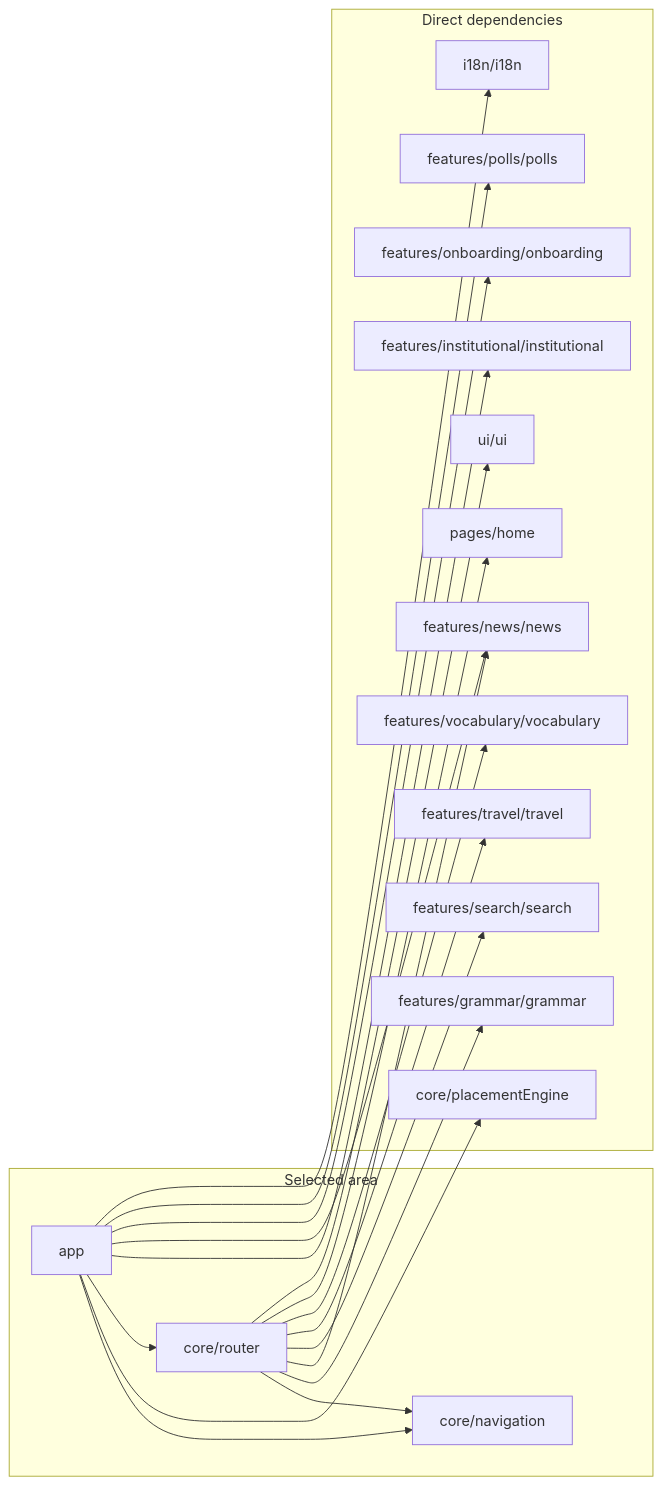
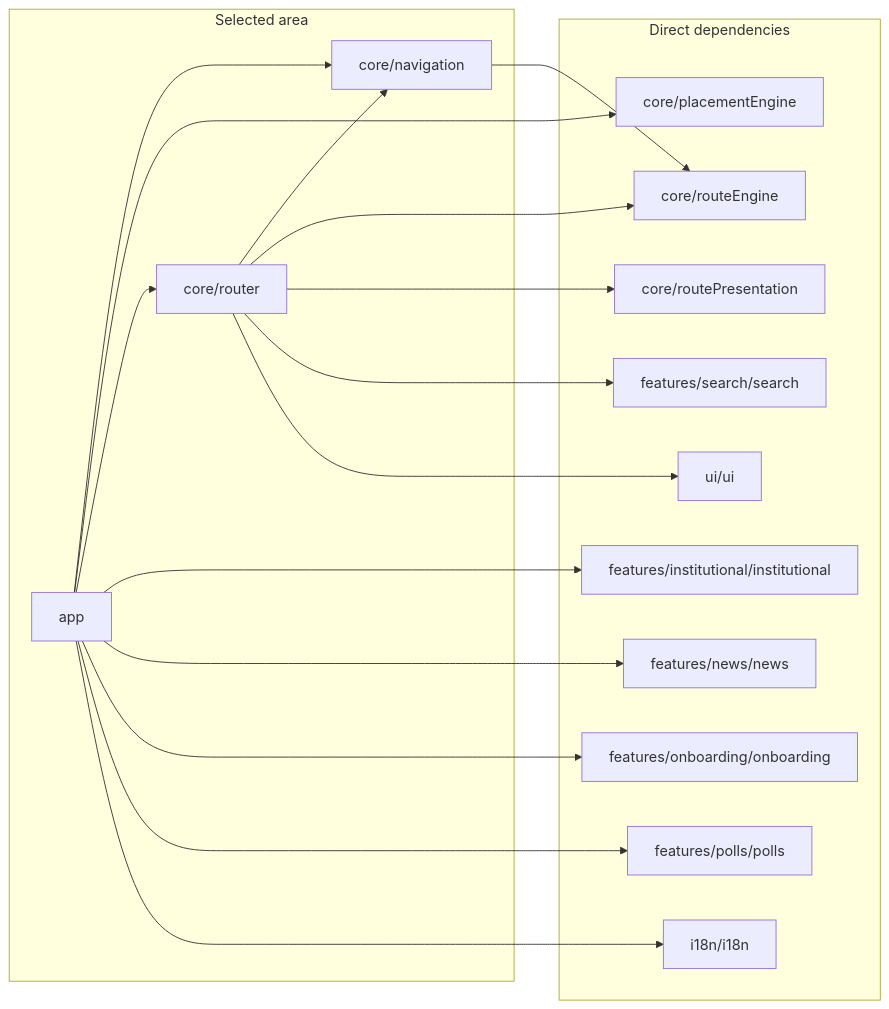
One commit to temsahak-rgb/Dino-5monde changed the second of 12 diagrams in docs/dependency-graph.md. Above: the diagram before and after it, drawn with Mermaid. The commit also changed other lines of this file, not shown here.

Commit message:
docs: update dependency graph [skip ci]

````diff
--- a/docs/dependency-graph.md
+++ b/docs/dependency-graph.md
@@ -59,38 +63,34 @@
 ```mermaid
 flowchart LR
     subgraph S["Selected area"]
         M0["app"]
         M1["core/navigation"]
         M2["core/router"]
     end
     subgraph D["Direct dependencies"]
         M3["core/placementEngine"]
-        M4["features/grammar/grammar"]
-        M5["features/institutional/institutional"]
-        M6["features/news/news"]
-        M7["features/onboarding/onboarding"]
-        M8["features/polls/polls"]
-        M9["features/search/search"]
-        M10["features/travel/travel"]
-        M11["features/vocabulary/vocabulary"]
-        M12["i18n/i18n"]
-        M13["pages/home"]
-        M14["ui/ui"]
+        M4["core/routeEngine"]
+        M5["core/routePresentation"]
+        M6["features/institutional/institutional"]
+        M7["features/news/news"]
+        M8["features/onboarding/onboarding"]
+        M9["features/polls/polls"]
+        M10["features/search/search"]
+        M11["i18n/i18n"]
+        M12["ui/ui"]
     end
     M0 --> M1
     M0 --> M3
     M0 --> M2
-    M0 --> M5
     M0 --> M6
     M0 --> M7
     M0 --> M8
-    M0 --> M12
+    M0 --> M9
+    M0 --> M11
+    M1 --> M4
     M2 --> M1
     M2 --> M4
-    M2 --> M6
-    M2 --> M9
+    M2 --> M5
     M2 --> M10
-    M2 --> M11
-    M2 --> M13
-    M2 --> M14
+    M2 --> M12
 ```
````
